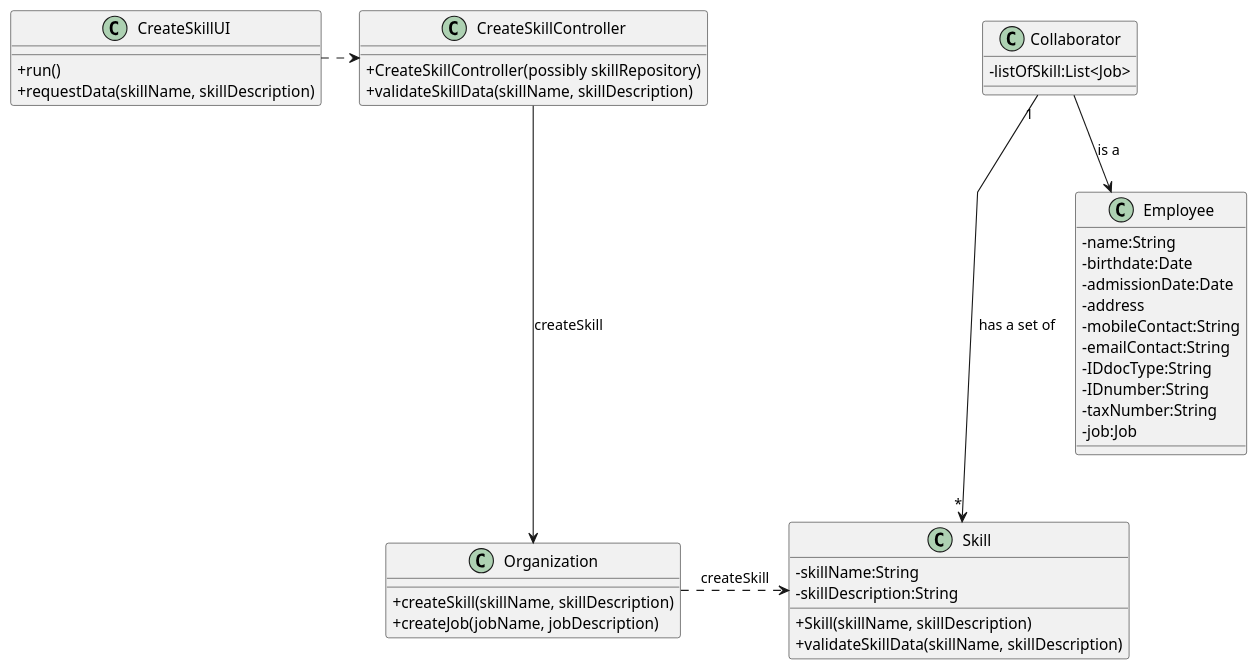
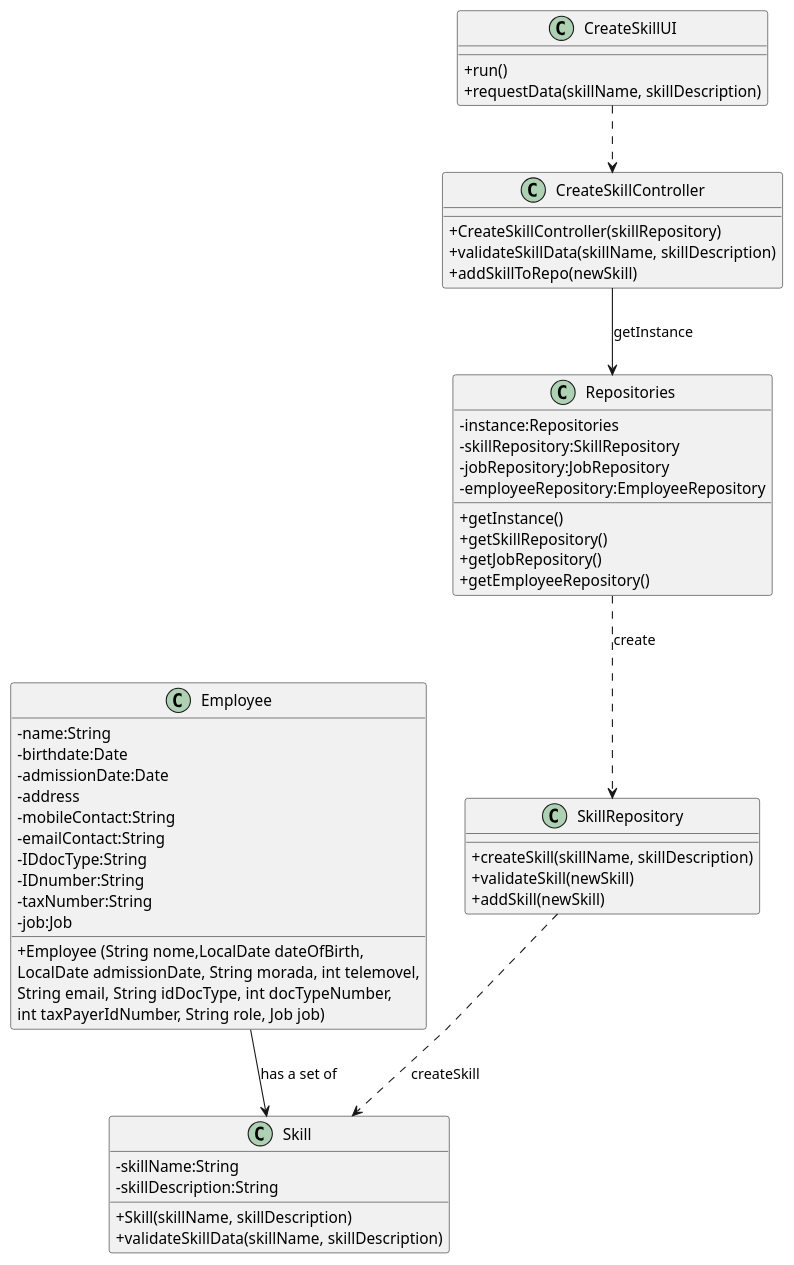
Before and after one commit to Paulo-Pereira-at-ISEP/lei-24-s2-1nanb-g321: the diagram in docs/sprintB/us01/03.design/puml/us01-class-diagram.puml, drawn with PlantUML.

Commit message:
LGGPM-116 - US01 - Design - Class diagram update

```diff
--- a/docs/sprintB/us01/03.design/puml/us01-class-diagram.puml
+++ b/docs/sprintB/us01/03.design/puml/us01-class-diagram.puml
@@ -1,63 +1,75 @@
 @startuml
 'skinparam monochrome true
 skinparam packageStyle rectangle
 skinparam shadowing false
 skinparam linetype polyline
 'skinparam linetype orto
 
 skinparam classAttributeIconSize 0
 
 'left to right direction
 
 class CreateSkillController {
-    + CreateSkillController(possibly skillRepository)
+    + CreateSkillController(skillRepository)
     + validateSkillData(skillName, skillDescription)
+    + addSkillToRepo(newSkill)
 
 }
 
 
 class CreateSkillUI {
     +run()
     +requestData(skillName, skillDescription)
 }
 
 
 class Employee{
     -name:String
     -birthdate:Date
     -admissionDate:Date
     -address
     -mobileContact:String
     -emailContact:String
     -IDdocType:String
     -IDnumber:String
     -taxNumber:String
     -job:Job
 
+    +Employee (String nome,LocalDate dateOfBirth,\nLocalDate admissionDate, String morada, int telemovel,\nString email, String idDocType, int docTypeNumber,\nint taxPayerIdNumber, String role, Job job)
 }
 
-class Collaborator {
-    -listOfSkill:List<Job>
+class Repositories{
+    - instance:Repositories
+    - skillRepository:SkillRepository
+    - jobRepository:JobRepository
+    - employeeRepository:EmployeeRepository
+
+
+    + getInstance()
+    + getSkillRepository()
+    + getJobRepository()
+    + getEmployeeRepository()
 }
 
-class Organization {
-    +createSkill(skillName, skillDescription)
-    +createJob(jobName, jobDescription)
+class SkillRepository{
+    + createSkill(skillName, skillDescription)
+    + validateSkill(newSkill)
+    + addSkill(newSkill)
 }
-
 
 class Skill {
     -skillName:String
     -skillDescription:String
 
     +Skill(skillName, skillDescription)
     +validateSkillData(skillName, skillDescription)
 }
 
-CreateSkillUI .> CreateSkillController
-Collaborator "1" ---> "*" Skill : has a set of
-CreateSkillController --->  Organization : createSkill
-Organization .> Skill : createSkill
-Collaborator --> Employee : is a
+CreateSkillUI ..> CreateSkillController
+
+CreateSkillController -->  Repositories : getInstance
+Repositories ..> SkillRepository : create
+SkillRepository ..> Skill : createSkill
+Employee --> Skill : has a set of
 
 @enduml
```
